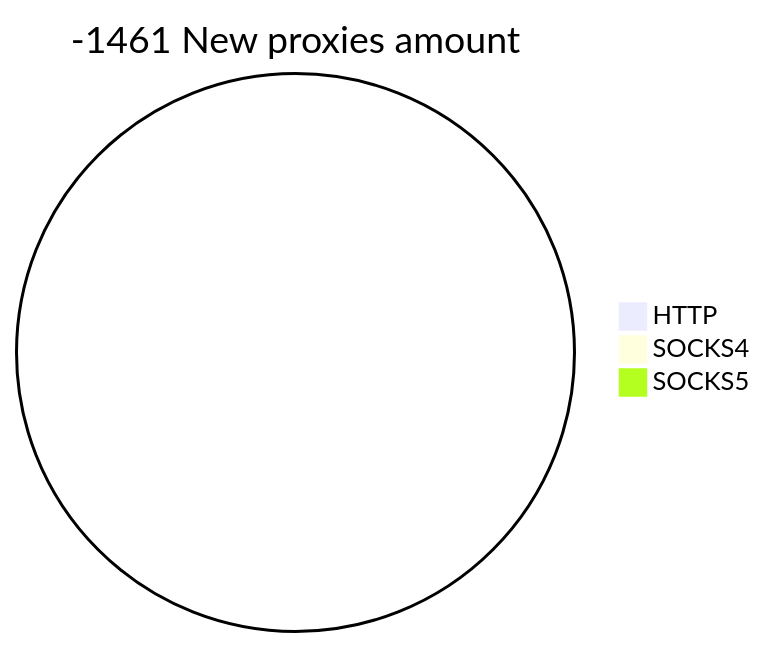
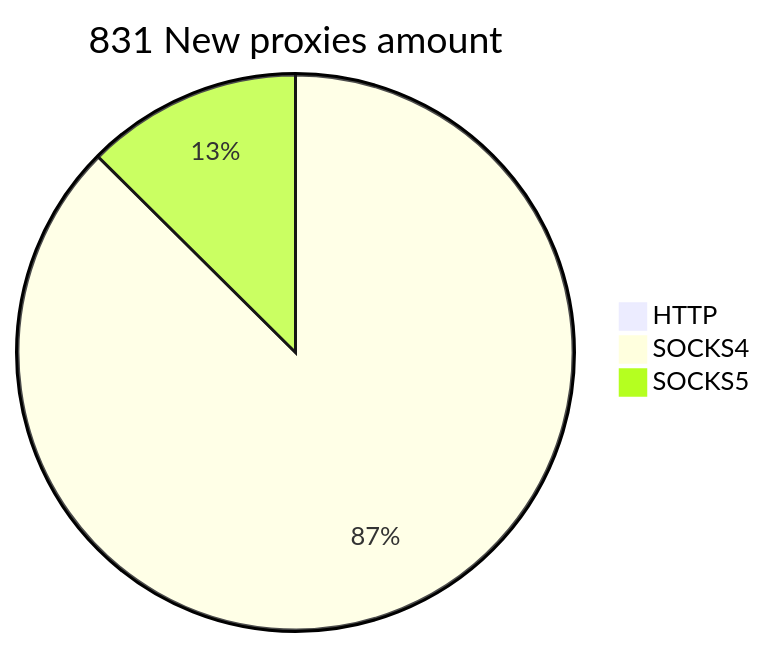
The second of 2 diagrams in README.md (cutipu/proxylist), drawn with Mermaid before and after one commit. The commit also changed other lines of this file, not shown here.

````diff
--- a/README.md
+++ b/README.md
@@ -10,6 +10,6 @@
 ```mermaid
-pie title -1461 New proxies amount
+pie title 831 New proxies amount
     "HTTP" : 0
-    "SOCKS4" : 0
-    "SOCKS5" : 0
+    "SOCKS4" : 814
+    "SOCKS5" : 117
 ```
````
